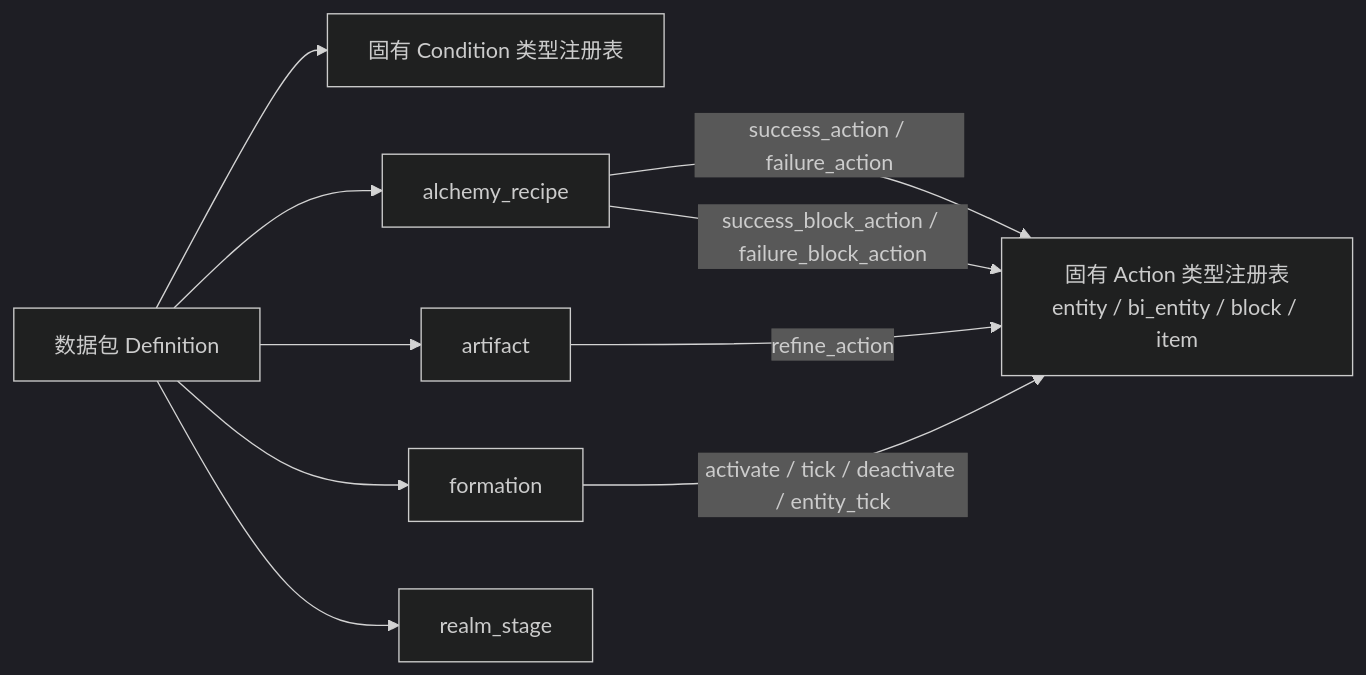
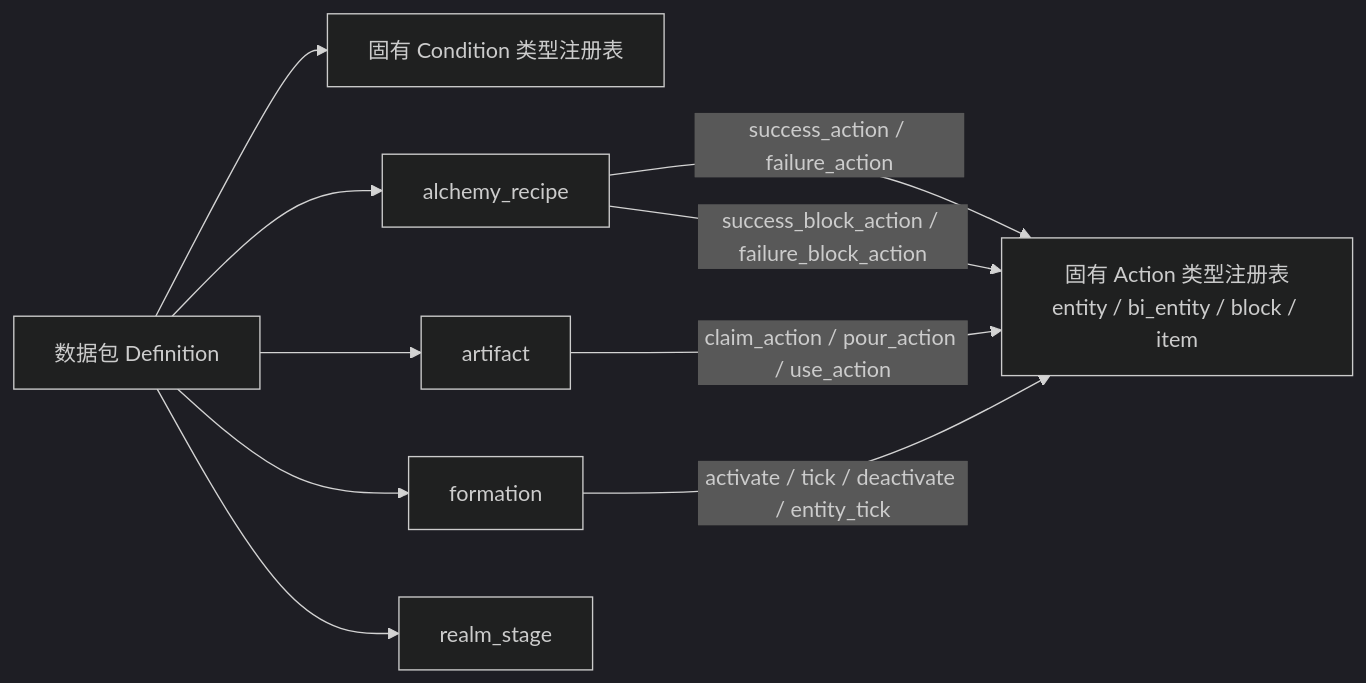
The diagram in research/11_注册表结构与引用关系图.md (Nova-Committee/MiXianTu), drawn with Mermaid (dark theme) before and after one commit. The commit also changed 49 other files, not shown here.

````diff
--- a/research/11_注册表结构与引用关系图.md
+++ b/research/11_注册表结构与引用关系图.md
@@ -3,19 +3,19 @@
 ```mermaid
 flowchart LR
   ACTION[固有 Action 类型注册表\nentity / bi_entity / block / item]
   CONDITION[固有 Condition 类型注册表]
   DATA[数据包 Definition]
   ALC[alchemy_recipe]
   ART[artifact]
   FORM[formation]
   REALM[realm_stage]
   DATA --> ALC
   DATA --> ART
   DATA --> FORM
   DATA --> REALM
   ALC -->|success_action / failure_action| ACTION
   ALC -->|success_block_action / failure_block_action| ACTION
-  ART -->|refine_action| ACTION
+  ART -->|claim_action / pour_action / use_action| ACTION
   FORM -->|activate / tick / deactivate / entity_tick| ACTION
   DATA --> CONDITION
 ```
````
